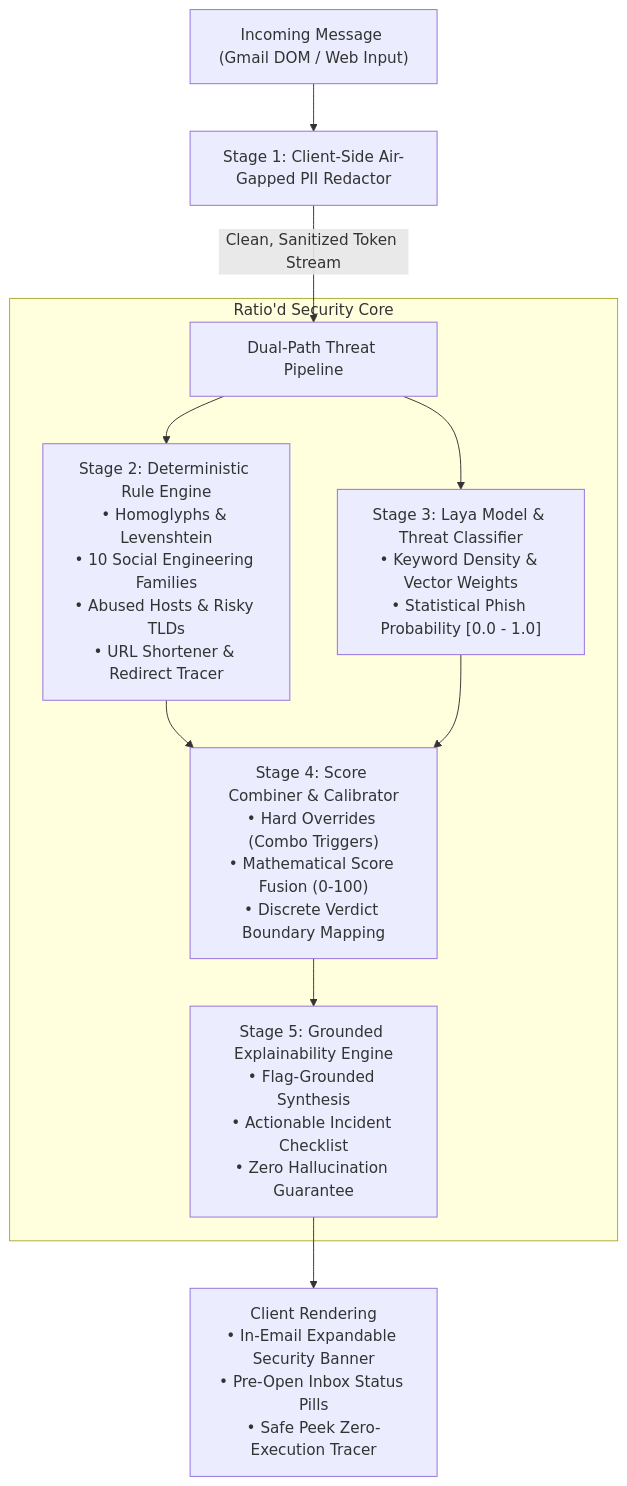
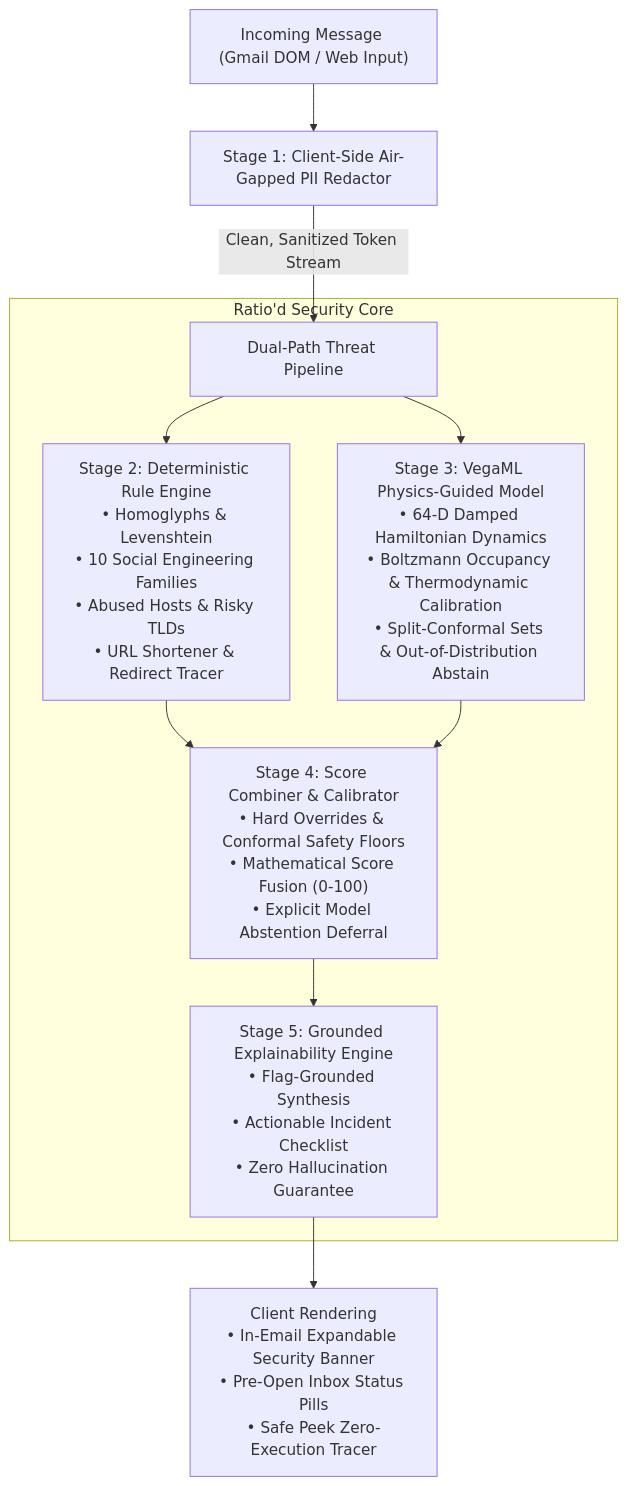
Before and after one commit to VedxntDev/Ratio-d: the first of 2 diagrams in docs/MODEL_ARCHITECTURE.md, drawn with Mermaid. The commit also changed other lines of this file and 17 other files, not shown here.

Commit message:
feat(model): integrate VegaML physics-guided typed-decision engine across product

````diff
--- a/docs/MODEL_ARCHITECTURE.md
+++ b/docs/MODEL_ARCHITECTURE.md
@@ -19,17 +19,17 @@
 ```mermaid
 flowchart TD
     A["Incoming Message (Gmail DOM / Web Input)"] --> B["Stage 1: Client-Side Air-Gapped PII Redactor"]
     B -->|"Clean, Sanitized Token Stream"| C["Dual-Path Threat Pipeline"]
     
     subgraph "Ratio'd Security Core"
         C --> D["Stage 2: Deterministic Rule Engine<br/>• Homoglyphs & Levenshtein<br/>• 10 Social Engineering Families<br/>• Abused Hosts & Risky TLDs<br/>• URL Shortener & Redirect Tracer"]
-        C --> E["Stage 3: Laya Model & Threat Classifier<br/>• Keyword Density & Vector Weights<br/>• Statistical Phish Probability [0.0 - 1.0]"]
+        C --> E["Stage 3: VegaML Physics-Guided Model<br/>• 64-D Damped Hamiltonian Dynamics<br/>• Boltzmann Occupancy & Thermodynamic Calibration<br/>• Split-Conformal Sets & Out-of-Distribution Abstain"]
         
-        D --> F["Stage 4: Score Combiner & Calibrator<br/>• Hard Overrides (Combo Triggers)<br/>• Mathematical Score Fusion (0-100)<br/>• Discrete Verdict Boundary Mapping"]
+        D --> F["Stage 4: Score Combiner & Calibrator<br/>• Hard Overrides & Conformal Safety Floors<br/>• Mathematical Score Fusion (0-100)<br/>• Explicit Model Abstention Deferral"]
         E --> F
         
         F --> G["Stage 5: Grounded Explainability Engine<br/>• Flag-Grounded Synthesis<br/>• Actionable Incident Checklist<br/>• Zero Hallucination Guarantee"]
     end
     
     G --> H["Client Rendering<br/>• In-Email Expandable Security Banner<br/>• Pre-Open Inbox Status Pills<br/>• Safe Peek Zero-Execution Tracer"]
 ```
````
